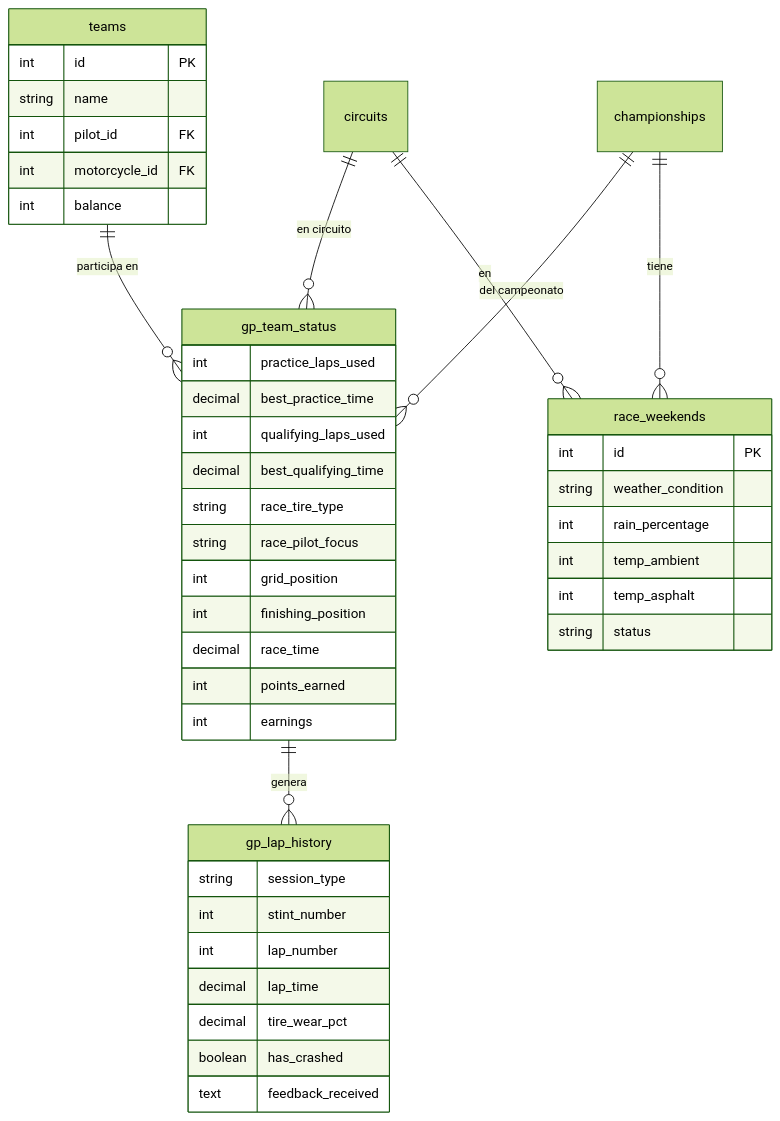
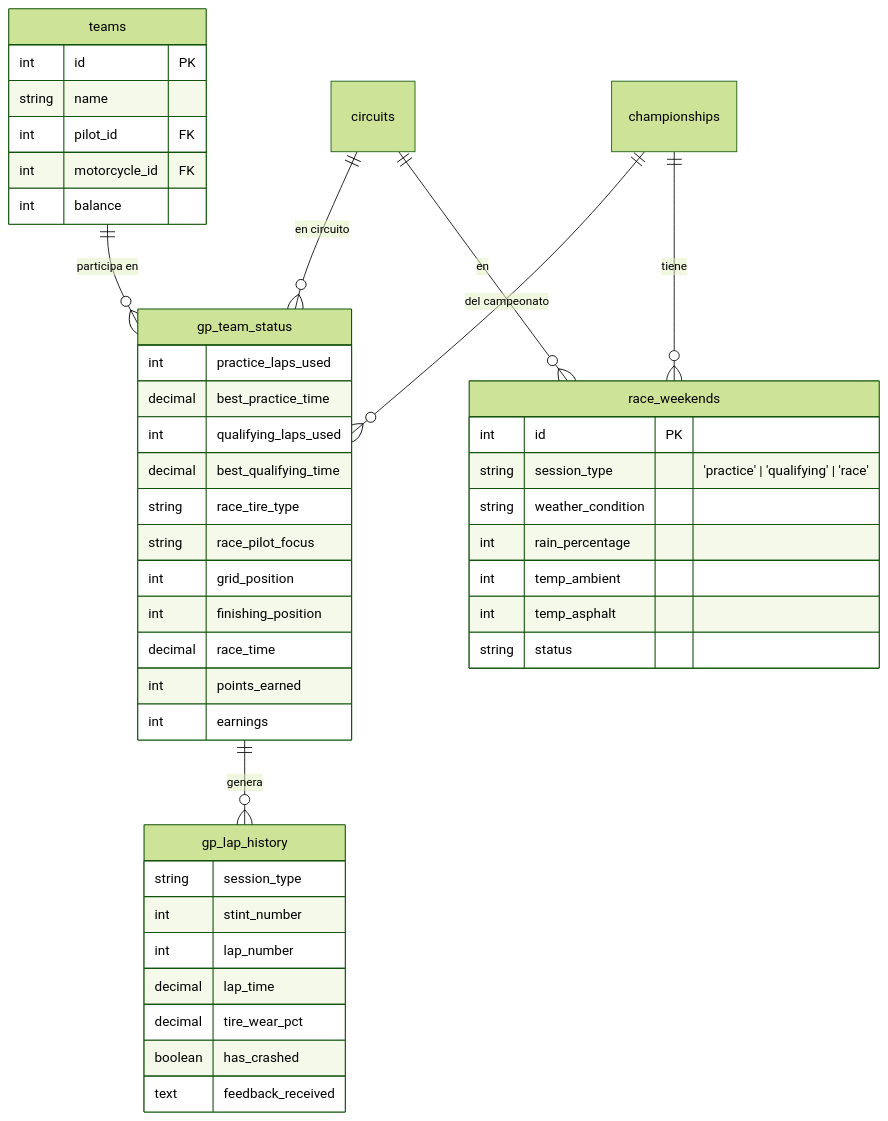
The eighth of 8 diagrams in docs/simulation-engine.md (iubeda/gp-masters), drawn with Mermaid (forest theme) before and after one commit. The commit also changed other lines of this file and 4 other files, not shown here.

First line of the commit message:
feat: simulate weather independently per session (practice/qualifying/race)

````diff
--- a/docs/simulation-engine.md
+++ b/docs/simulation-engine.md
@@ -424,52 +459,53 @@
 ```mermaid
 erDiagram
     teams ||--o{ gp_team_status : "participa en"
     circuits ||--o{ gp_team_status : "en circuito"
     championships ||--o{ gp_team_status : "del campeonato"
     
     gp_team_status ||--o{ gp_lap_history : "genera"
     
     championships ||--o{ race_weekends : "tiene"
     circuits ||--o{ race_weekends : "en"
     
     teams {
         int id PK
         string name
         int pilot_id FK
         int motorcycle_id FK
         int balance
     }
     
     race_weekends {
         int id PK
+        string session_type "'practice' | 'qualifying' | 'race'"
         string weather_condition
         int rain_percentage
         int temp_ambient
         int temp_asphalt
         string status
     }
     
     gp_team_status {
         int practice_laps_used
         decimal best_practice_time
         int qualifying_laps_used
         decimal best_qualifying_time
         string race_tire_type
         string race_pilot_focus
         int grid_position
         int finishing_position
         decimal race_time
         int points_earned
         int earnings
     }
     
     gp_lap_history {
         string session_type
         int stint_number
         int lap_number
         decimal lap_time
         decimal tire_wear_pct
         boolean has_crashed
         text feedback_received
     }
 ```
````
